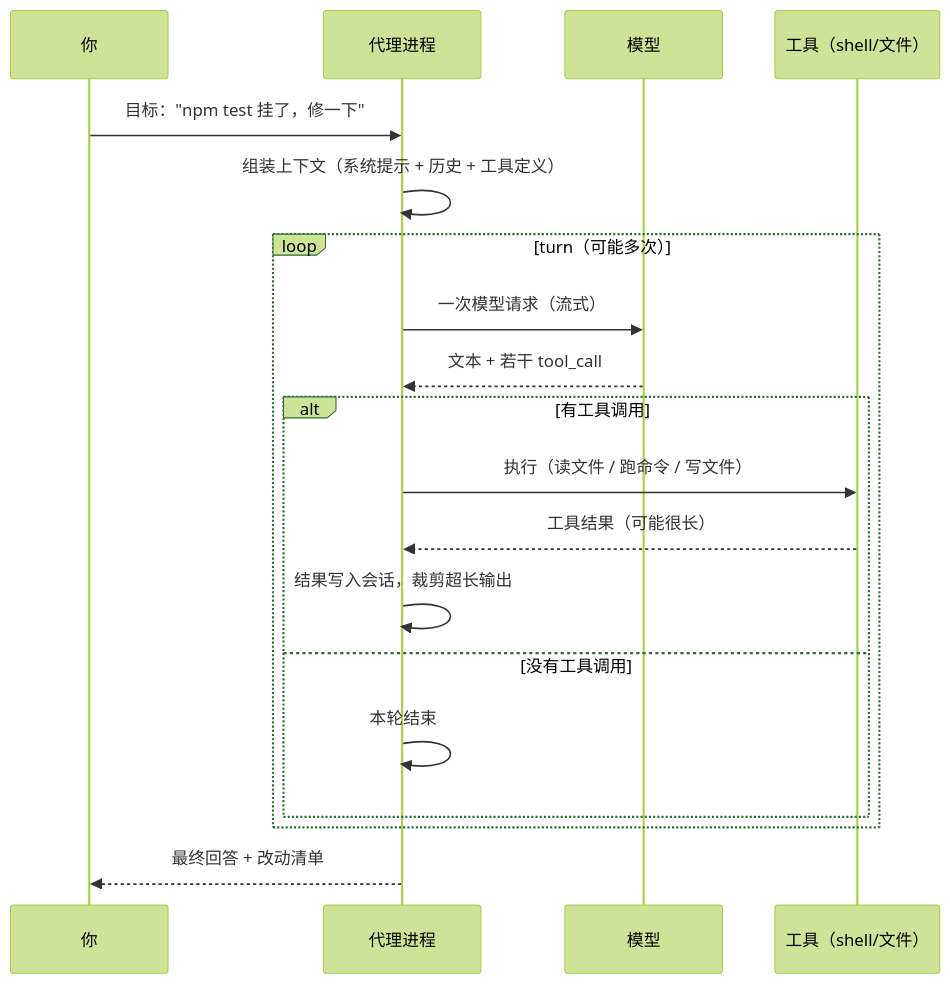
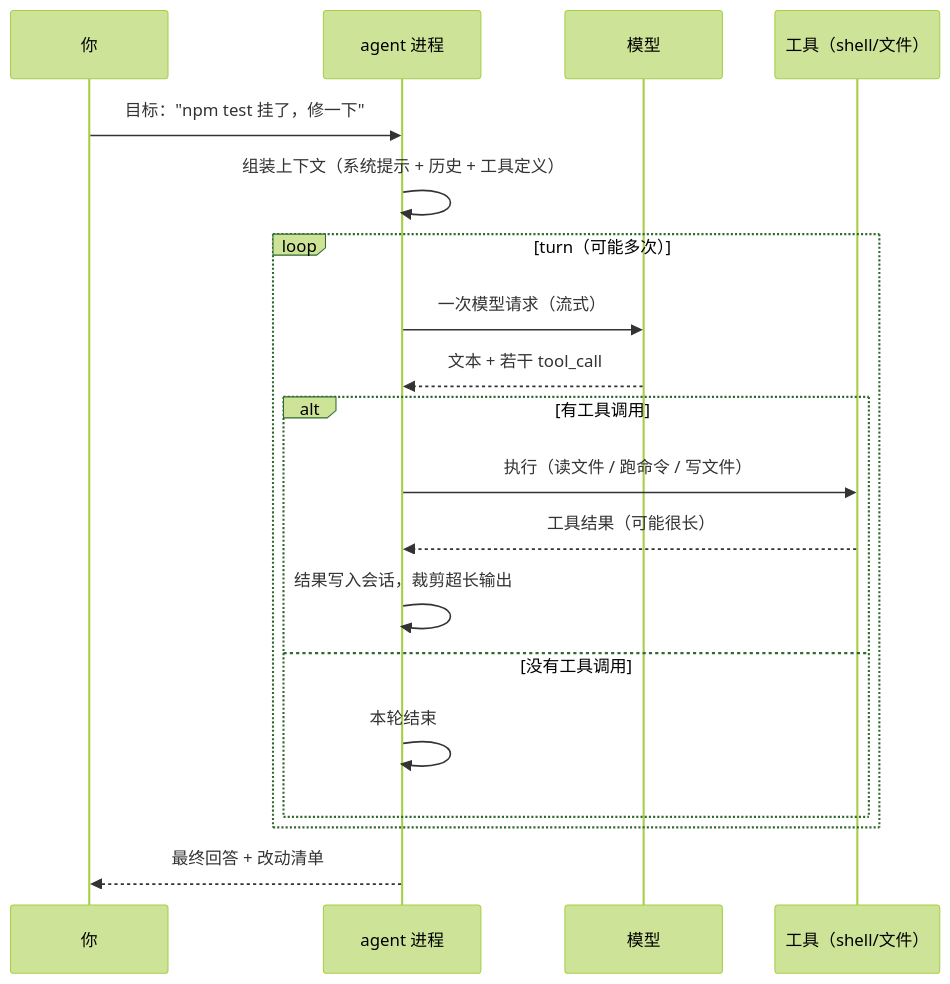
Before and after one commit to fxjs/ai-coding-agents-book: the first of 3 diagrams in book/01-landscape.md, drawn with Mermaid (forest theme). The commit also changed other lines of this file and 29 other files, not shown here.

````diff
--- a/book/01-landscape.md
+++ b/book/01-landscape.md
@@ -30,22 +30,22 @@
 ```mermaid
 sequenceDiagram
     participant U as 你
-    participant A as 代理进程
+    participant A as agent 进程
     participant M as 模型
     participant T as 工具（shell/文件）
 
     U->>A: 目标："npm test 挂了，修一下"
     A->>A: 组装上下文（系统提示 + 历史 + 工具定义）
     loop turn（可能多次）
         A->>M: 一次模型请求（流式）
         M-->>A: 文本 + 若干 tool_call
         alt 有工具调用
             A->>T: 执行（读文件 / 跑命令 / 写文件）
             T-->>A: 工具结果（可能很长）
             A->>A: 结果写入会话，裁剪超长输出
         else 没有工具调用
             A->>A: 本轮结束
         end
     end
     A-->>U: 最终回答 + 改动清单
 ```
````
